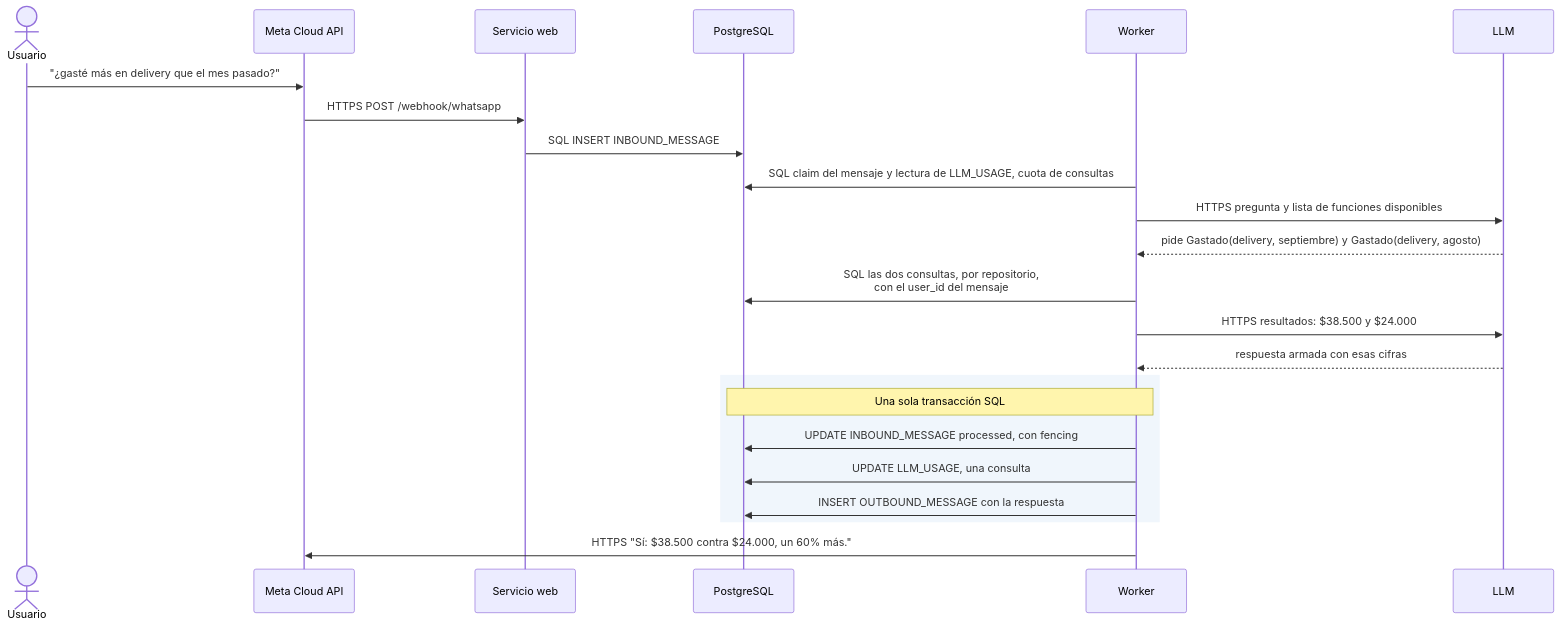
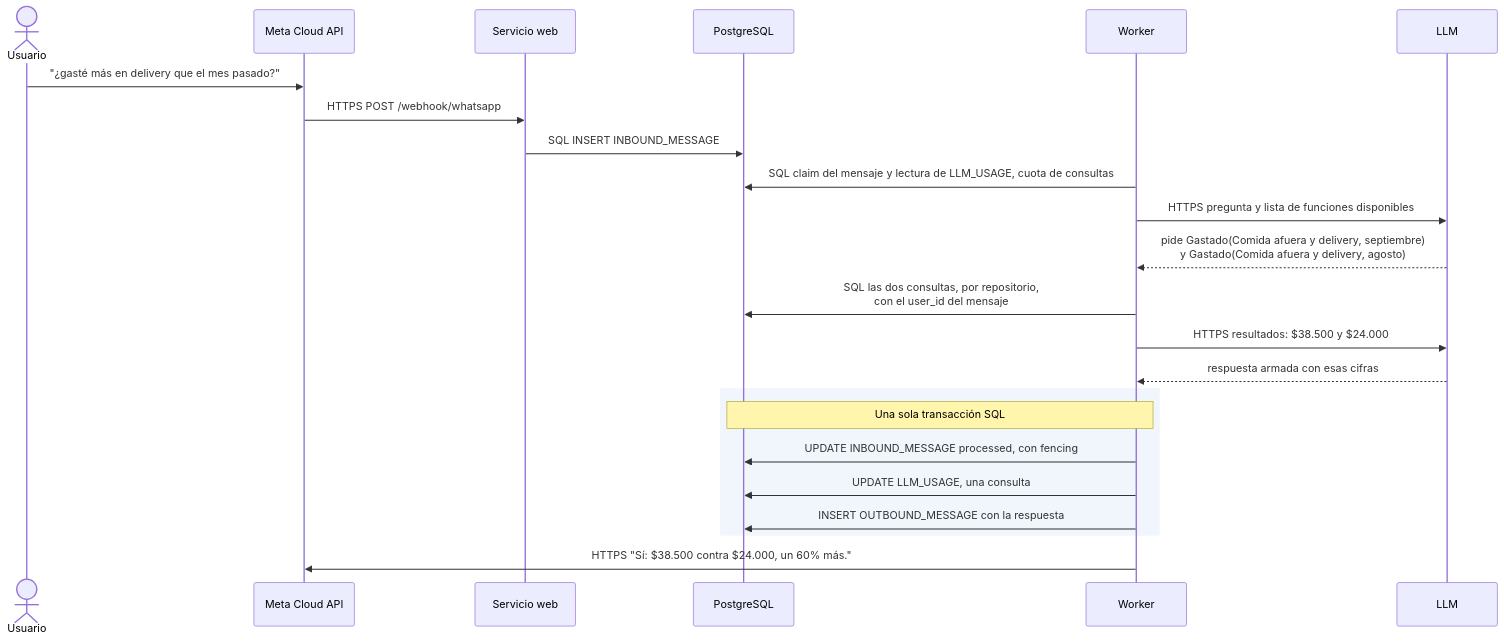
Diagram 11 of 11 in docs/recorrido-completo.md (verozacarias-prog/AI4Devs-finalproject), drawn with Mermaid before and after one commit. The commit also changed other lines of this file and 5 other files, not shown here.

````diff
--- a/docs/recorrido-completo.md
+++ b/docs/recorrido-completo.md
@@ -464,26 +464,26 @@
 ```mermaid
 sequenceDiagram
     actor U as Usuario
     participant M as Meta Cloud API
     participant API as Servicio web
     participant DB as PostgreSQL
     participant W as Worker
     participant L as LLM
 
     U->>M: "¿gasté más en delivery que el mes pasado?"
     M->>API: HTTPS POST /webhook/whatsapp
     API->>DB: SQL INSERT INBOUND_MESSAGE
     W->>DB: SQL claim del mensaje y lectura de LLM_USAGE, cuota de consultas
     W->>L: HTTPS pregunta y lista de funciones disponibles
-    L-->>W: pide Gastado(delivery, septiembre) y Gastado(delivery, agosto)
+    L-->>W: pide Gastado(Comida afuera y delivery, septiembre)<br/>y Gastado(Comida afuera y delivery, agosto)
     W->>DB: SQL las dos consultas, por repositorio,<br/>con el user_id del mensaje
     W->>L: HTTPS resultados: $38.500 y $24.000
     L-->>W: respuesta armada con esas cifras
     rect rgb(240, 246, 252)
         Note over W,DB: Una sola transacción SQL
         W->>DB: UPDATE INBOUND_MESSAGE processed, con fencing
         W->>DB: UPDATE LLM_USAGE, una consulta
         W->>DB: INSERT OUTBOUND_MESSAGE con la respuesta
     end
     W->>M: HTTPS "Sí: $38.500 contra $24.000, un 60% más."
 ```
````
